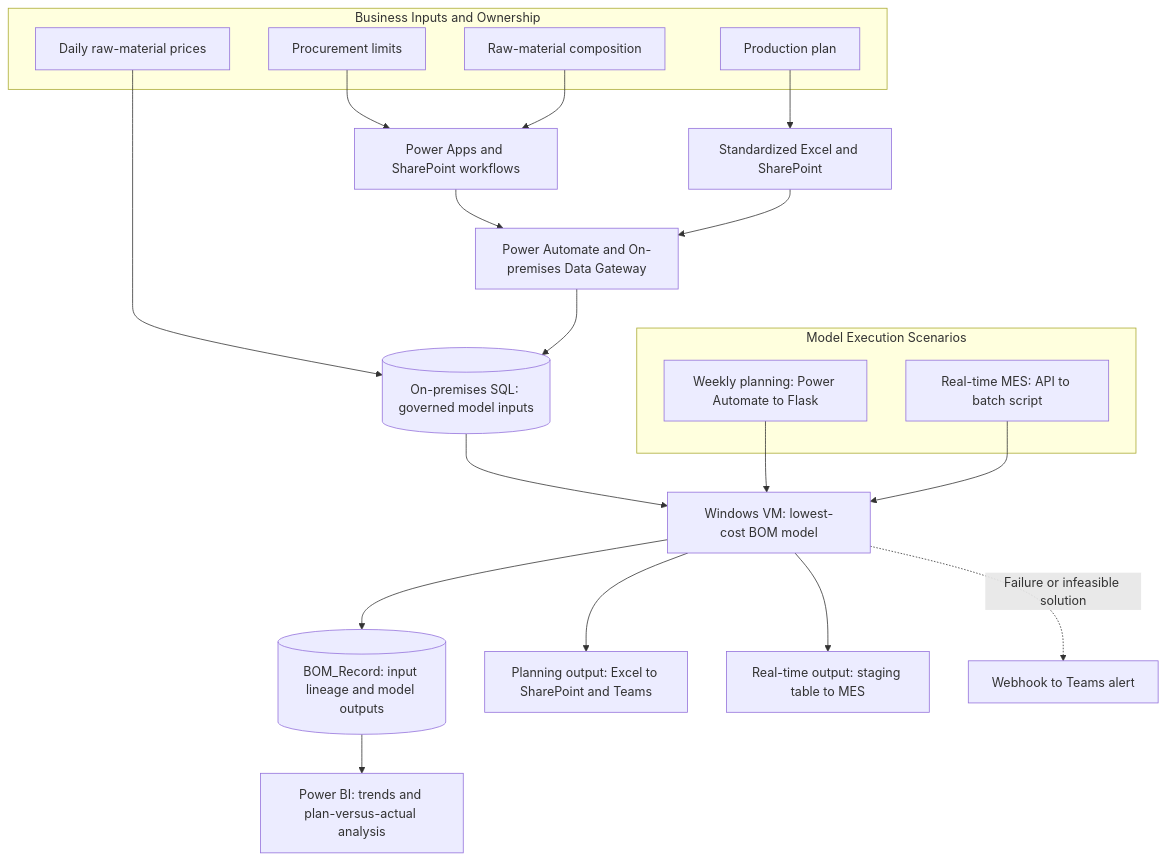
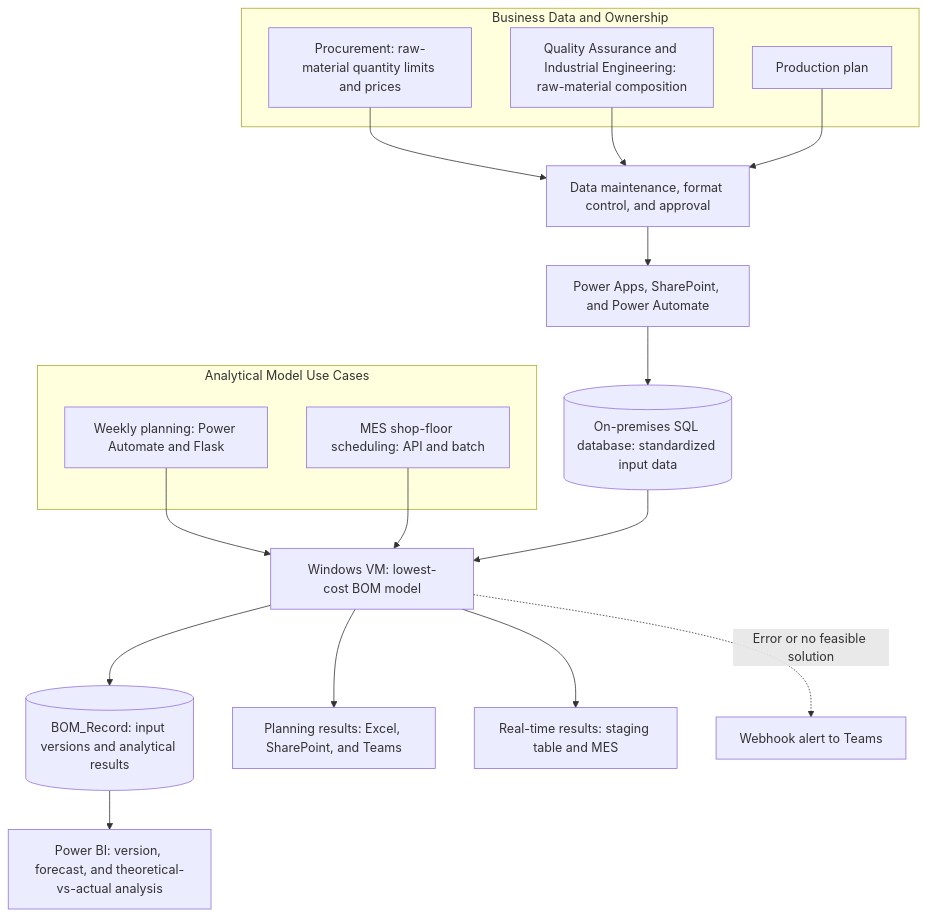
The diagram in README.md (ChienChienChien/BOM_Management_Platform), drawn with Mermaid before and after one commit. The commit also changed other lines of this file, not shown here.

Commit message:
Align English README with Chinese version

````diff
--- a/README.md
+++ b/README.md
@@ -67,32 +65,29 @@
 ```mermaid
 flowchart TB
-    subgraph Inputs[Business Inputs and Ownership]
-        A[Procurement limits]
-        B[Raw-material composition]
-        C[Daily raw-material prices]
-        D[Production plan]
+    subgraph Source[Business Data and Ownership]
+        A[Procurement: raw-material quantity limits and prices]
+        B[Quality Assurance and Industrial Engineering: raw-material composition]
+        C[Production plan]
     end
 
-    A --> E[Power Apps and SharePoint workflows]
-    B --> E
-    D --> F[Standardized Excel and SharePoint]
-    E --> G[Power Automate and On-premises Data Gateway]
-    F --> G
-    C --> H[(On-premises SQL: governed model inputs)]
-    G --> H
+    A --> D[Data maintenance, format control, and approval]
+    B --> D
+    C --> D
+    D --> E[Power Apps, SharePoint, and Power Automate]
+    E --> F[(On-premises SQL database: standardized input data)]
 
-    subgraph Scenarios[Model Execution Scenarios]
-        I[Weekly planning: Power Automate to Flask]
-        J[Real-time MES: API to batch script]
+    subgraph UseCase[Analytical Model Use Cases]
+        G[Weekly planning: Power Automate and Flask]
+        H[MES shop-floor scheduling: API and batch]
     end
 
-    H --> K[Windows VM: lowest-cost BOM model]
-    I --> K
-    J --> K
+    G --> I[Windows VM: lowest-cost BOM model]
+    H --> I
+    F --> I
 
-    K --> L[(BOM_Record: input lineage and model outputs)]
-    K --> M[Planning output: Excel to SharePoint and Teams]
-    K --> N[Real-time output: staging table to MES]
-    L --> O[Power BI: trends and plan-versus-actual analysis]
-    K -. Failure or infeasible solution .-> P[Webhook to Teams alert]
+    I --> J[(BOM_Record: input versions and analytical results)]
+    I --> K[Planning results: Excel, SharePoint, and Teams]
+    I --> L[Real-time results: staging table and MES]
+    J --> M[Power BI: version, forecast, and theoretical-vs-actual analysis]
+    I -. Error or no feasible solution .-> N[Webhook alert to Teams]
 ```
````
